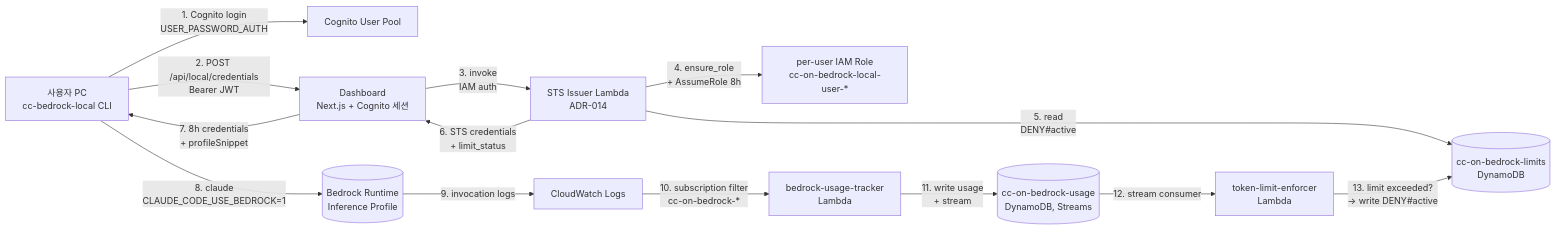
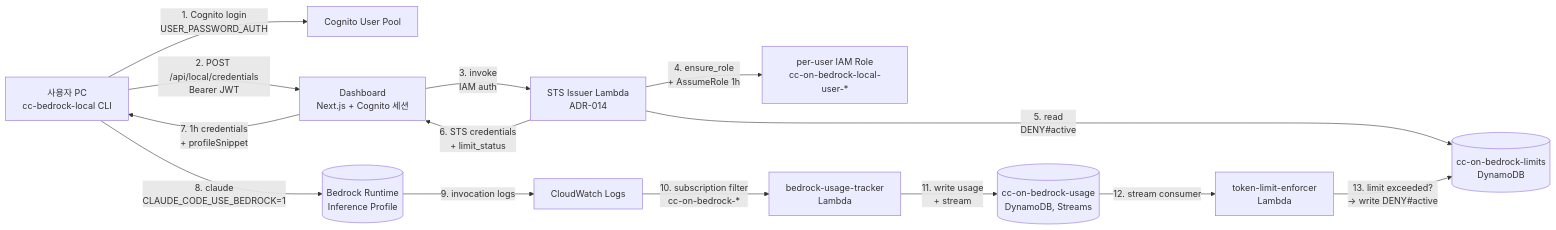
Before and after one commit to Atom-oh/cc-on-bedrock: the diagram in webpage/docs/local-mode.md, drawn with Mermaid. The commit also changed other lines of this file and 4 other files, not shown here.

````diff
--- a/webpage/docs/local-mode.md
+++ b/webpage/docs/local-mode.md
@@ -22,16 +22,16 @@
 ```mermaid
 flowchart LR
     User[사용자 PC<br/>cc-bedrock-local CLI] -->|1. Cognito login<br/>USER_PASSWORD_AUTH| Cognito[Cognito User Pool]
     User -->|2. POST /api/local/credentials<br/>Bearer JWT| Dashboard[Dashboard<br/>Next.js + Cognito 세션]
     Dashboard -->|3. invoke<br/>IAM auth| STS[STS Issuer Lambda<br/>ADR-014]
-    STS -->|4. ensure_role<br/>+ AssumeRole 8h| IAM[per-user IAM Role<br/>cc-on-bedrock-local-user-*]
+    STS -->|4. ensure_role<br/>+ AssumeRole 1h| IAM[per-user IAM Role<br/>cc-on-bedrock-local-user-*]
     STS -->|5. read<br/>DENY#active| Limits[(cc-on-bedrock-limits<br/>DynamoDB)]
     STS -->|6. STS credentials<br/>+ limit_status| Dashboard
-    Dashboard -->|7. 8h credentials<br/>+ profileSnippet| User
+    Dashboard -->|7. 1h credentials<br/>+ profileSnippet| User
     User -->|8. claude<br/>CLAUDE_CODE_USE_BEDROCK=1| Bedrock[(Bedrock Runtime<br/>Inference Profile)]
     Bedrock -->|9. invocation logs| CW[CloudWatch Logs]
     CW -->|10. subscription filter<br/>cc-on-bedrock-*| Tracker[bedrock-usage-tracker<br/>Lambda]
     Tracker -->|11. write usage<br/>+ stream| Usage[(cc-on-bedrock-usage<br/>DynamoDB, Streams)]
     Usage -->|12. stream consumer| Enforcer[token-limit-enforcer<br/>Lambda]
     Enforcer -->|13. limit exceeded?<br/>→ write DENY#active| Limits
 ```
````
